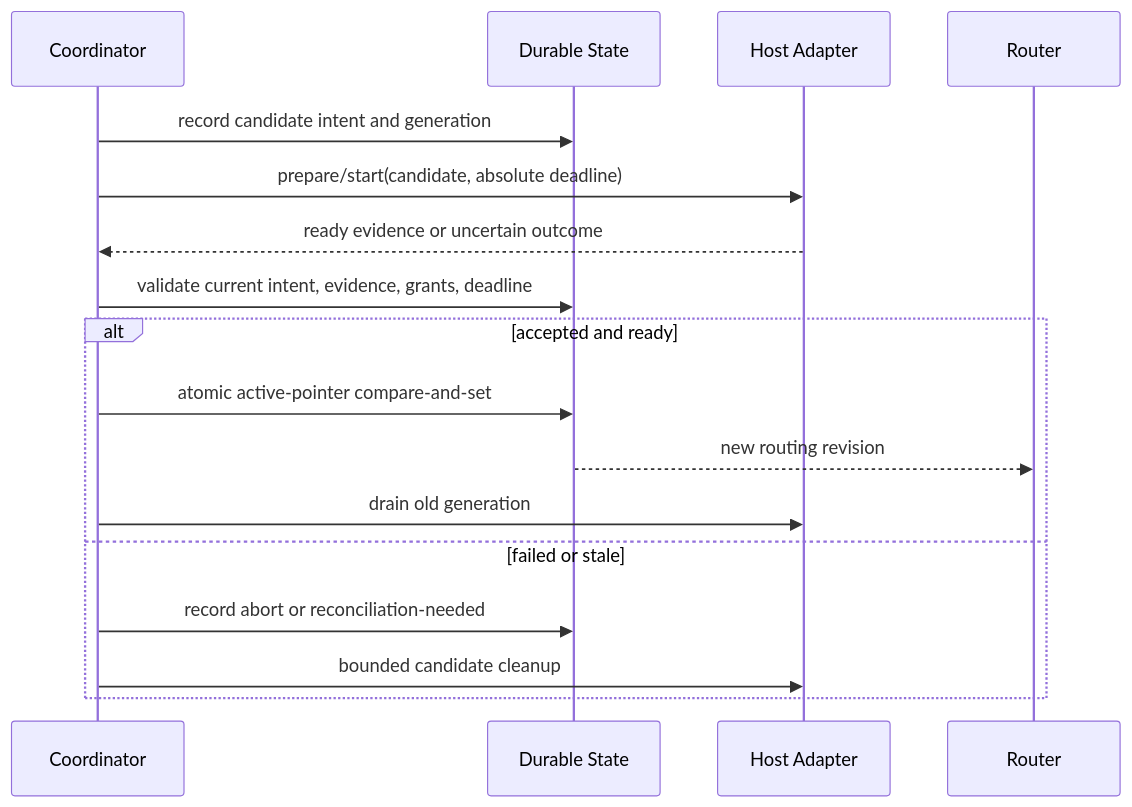
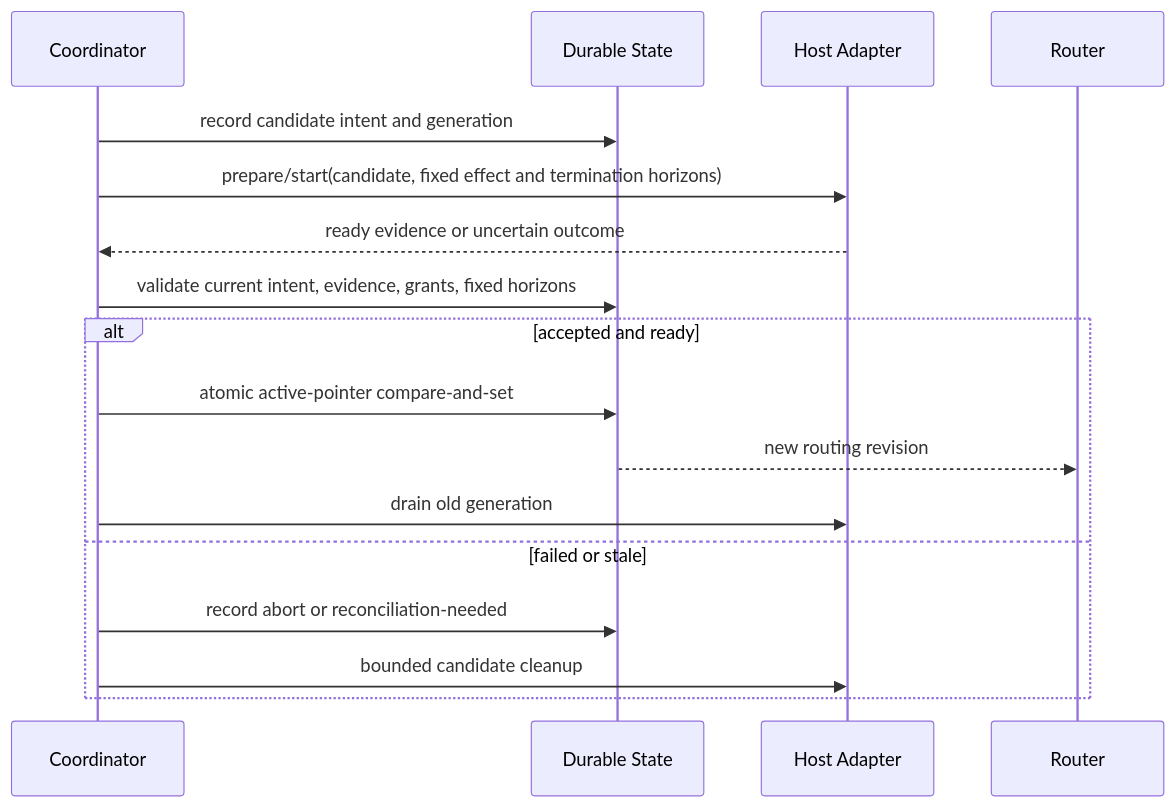
One commit to agent-teams-ai/extension-foundation changed the second of 5 diagrams in docs/qualification/universal-module-extension-system/lifecycle-and-concurrency.md. Above: the diagram before and after it, drawn with Mermaid. The commit also changed other lines of this file and 24 other files, not shown here.

Commit message:
docs(qualification): harden module architecture evidence

````diff
--- a/docs/qualification/universal-module-extension-system/lifecycle-and-concurrency.md
+++ b/docs/qualification/universal-module-extension-system/lifecycle-and-concurrency.md
@@ -83,20 +83,20 @@
 ```mermaid
 sequenceDiagram
     participant C as Coordinator
     participant S as Durable State
     participant H as Host Adapter
     participant R as Router
 
     C->>S: record candidate intent and generation
-    C->>H: prepare/start(candidate, absolute deadline)
+    C->>H: prepare/start(candidate, fixed effect and termination horizons)
     H-->>C: ready evidence or uncertain outcome
-    C->>S: validate current intent, evidence, grants, deadline
+    C->>S: validate current intent, evidence, grants, fixed horizons
     alt accepted and ready
         C->>S: atomic active-pointer compare-and-set
         S-->>R: new routing revision
         C->>H: drain old generation
     else failed or stale
         C->>S: record abort or reconciliation-needed
         C->>H: bounded candidate cleanup
     end
 ```
````
